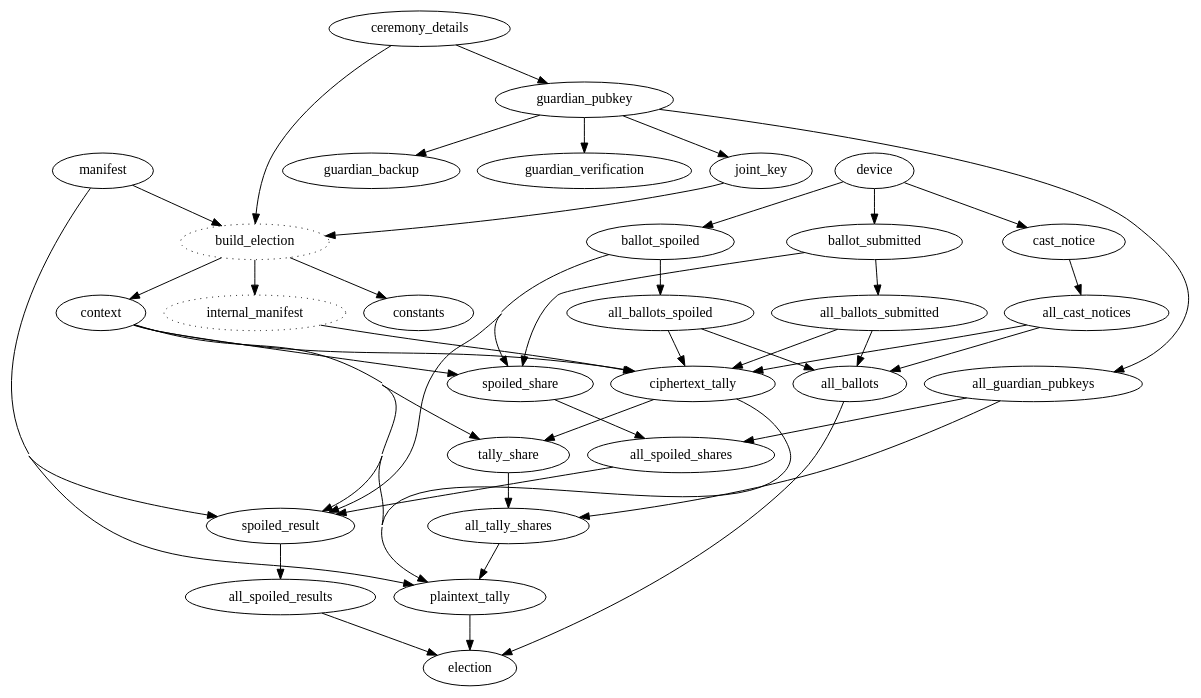
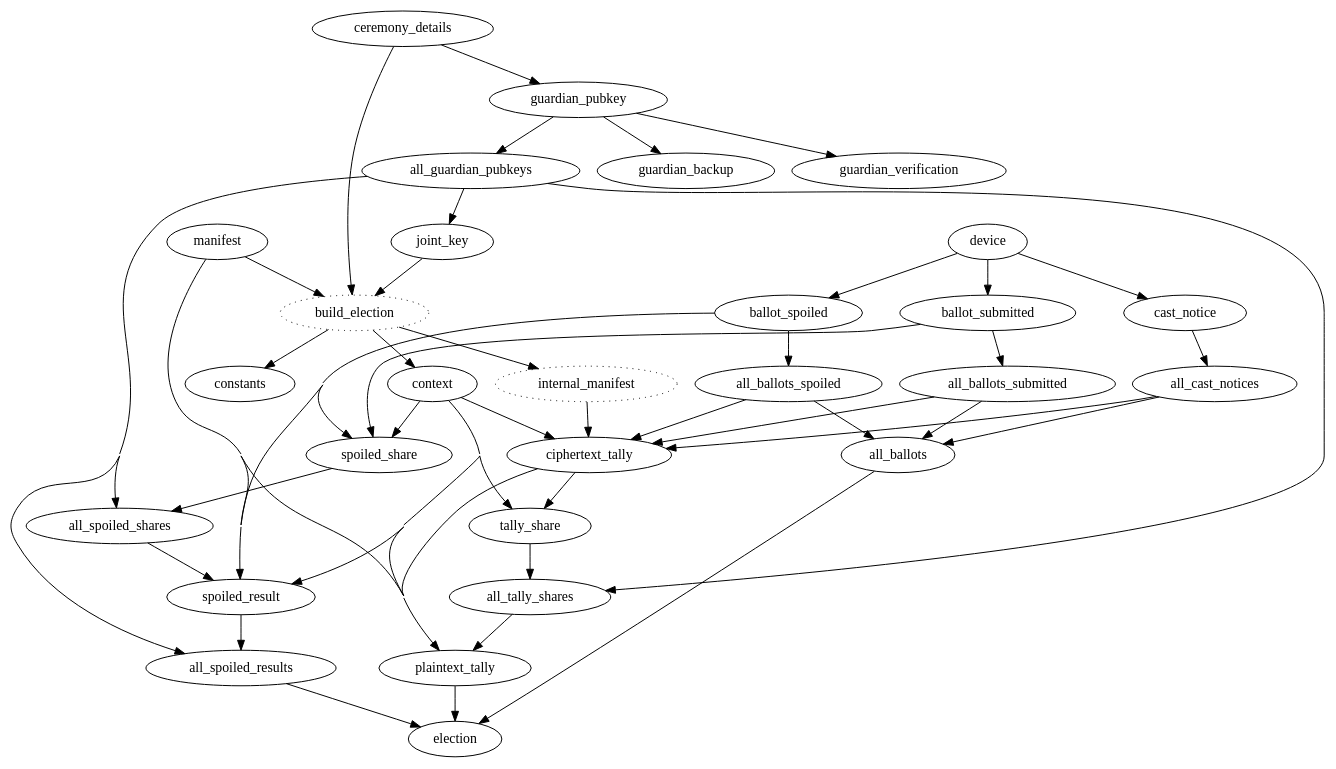
One commit to jefdaj/electionguard-cardano changed the diagram in milestone1/verifier/verifier_deps.dot. Above: the diagram before and after it, drawn with Graphviz. The commit also changed 1 other file, not shown here.

```diff
--- a/milestone1/verifier/verifier_deps.dot
+++ b/milestone1/verifier/verifier_deps.dot
@@ -1,61 +1,61 @@
 digraph verifier_deps {
   concentrate=true
 
   # nodes from PUBLIC_RECORDS keys
   manifest
   ceremony_details
   guardian_pubkey
   guardian_backup # TODO remove? not sure whether these are considered public
   guardian_verification
   joint_key
   constants
   context
   device
   ballot_submitted
   cast_notice
   ballot_spoiled
   ciphertext_tally
   tally_share
   spoiled_share
   plaintext_tally
   spoiled_result
   # summary # TODO remove once moved to verify step
   election
 
   # "all" versions of things that are actually sets
   guardian_pubkey -> all_guardian_pubkeys
   ballot_submitted -> all_ballots_submitted
   ballot_spoiled -> all_ballots_spoiled
   cast_notice -> all_cast_notices
   {all_ballots_submitted,all_ballots_spoiled,all_cast_notices} -> all_ballots # TODO all_ballots_spoiled not needed here?
   {all_guardian_pubkeys, spoiled_share} -> all_spoiled_shares
-  spoiled_result -> all_spoiled_results
+  {all_guardian_pubkeys, spoiled_result} -> all_spoiled_results
   {all_guardian_pubkeys, tally_share} -> all_tally_shares
 
   # misc other nodes added manually
   build_election [style=dotted]    # not really a dep, but makes it cleaner # TODO remove?
   internal_manifest [style=dotted] # not serializable; have to build_election each time
   # TODO verify? (the new 4_verify outputs. not sure if useful bc will depend on all other nodes)
 
   # dependenencies from guardian.py
   ceremony_details -> guardian_pubkey -> guardian_backup
   guardian_pubkey -> guardian_verification # TODO remove? it really depends on the *cardano* wallet key right?
-  guardian_pubkey -> joint_key
+  all_guardian_pubkeys -> joint_key
   {ciphertext_tally,context} -> tally_share
   {context,ballot_submitted,ballot_spoiled} -> spoiled_share
   
 
   # dependencies from device.py
   device -> {ballot_submitted,ballot_spoiled,cast_notice}
 
   # dependenencies from admin.py
   {manifest,ceremony_details,joint_key} -> build_election -> {constants,internal_manifest,context}
   {internal_manifest,context,all_ballots_submitted,all_cast_notices,all_ballots_spoiled} -> ciphertext_tally
   {manifest,context,all_tally_shares,ciphertext_tally} -> plaintext_tally
   {manifest,context,all_spoiled_shares,ballot_spoiled} -> spoiled_result
 
   # overall election cerfification/verification
   # TODO is this how people will see it? or will they only require the plaintext_tally?
   # (either way, this is the way to get the code working first)
   {all_ballots,all_spoiled_results,plaintext_tally} -> election
 }
```
